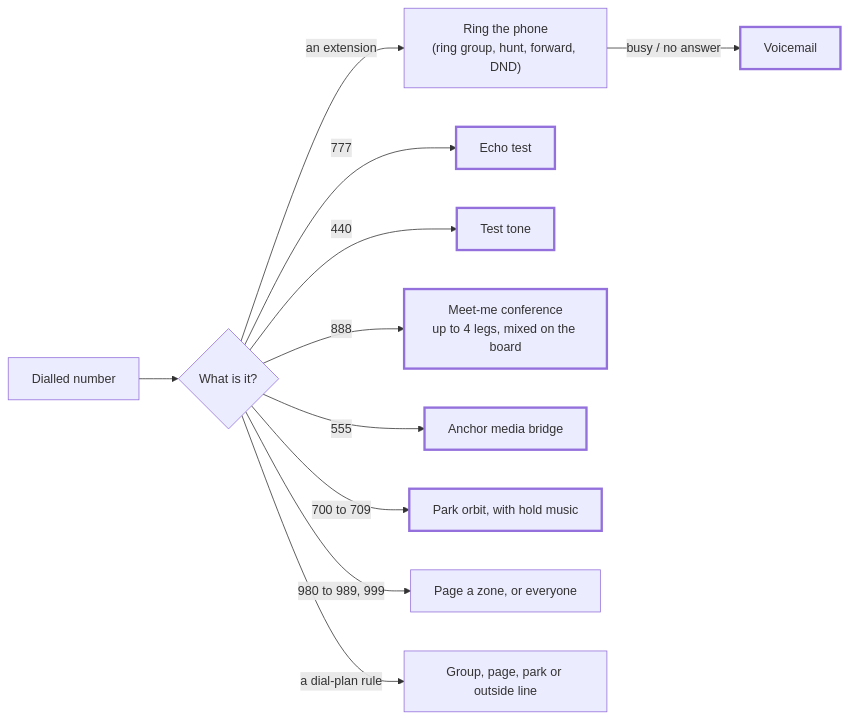
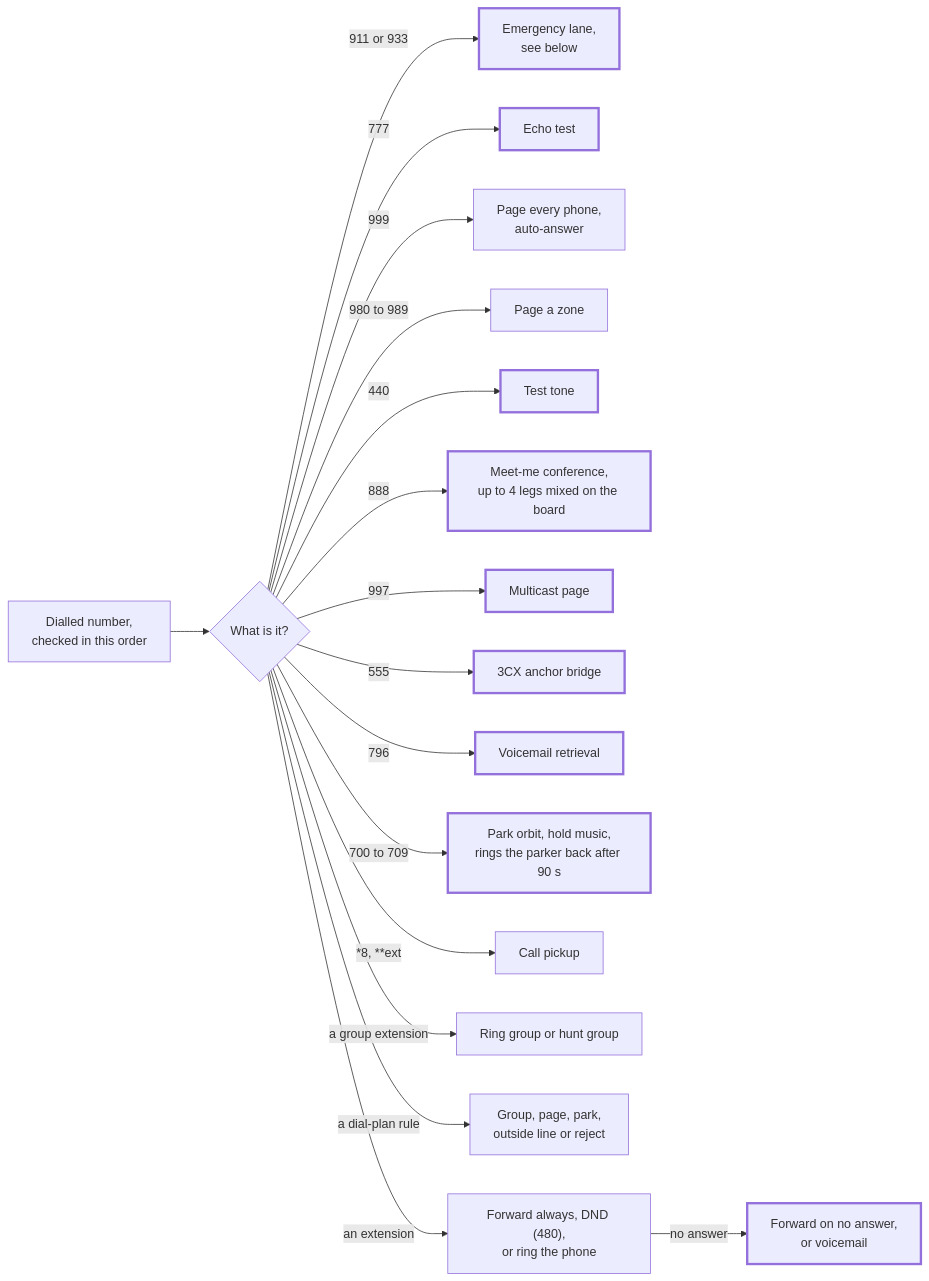
The fourth of 7 diagrams in README.md (GlomarGadaffi/pocket-dial), drawn with Mermaid before and after one commit. The commit also changed other lines of this file and 29 other files, not shown here.

First line of the commit message:
docs: make the Mermaid diagrams exact against main (#1105)

````diff
--- a/README.md
+++ b/README.md
@@ -47,16 +88,22 @@
 ```mermaid
 flowchart LR
-    D["Dialled number"] --> X{"What is it?"}
-    X -- "an extension" --> R["Ring the phone<br/>(ring group, hunt, forward, DND)"]
-    R -- "busy / no answer" --> VM["Voicemail"]
+    D["Dialled number,<br/>checked in this order"] --> X{"What is it?"}
+    X -- "911 or 933" --> SOS["Emergency lane,<br/>see below"]
     X -- "777" --> E["Echo test"]
+    X -- "999" --> G["Page every phone,<br/>auto-answer"]
+    X -- "980 to 989" --> Z["Page a zone"]
     X -- "440" --> T["Test tone"]
-    X -- "888" --> C["Meet-me conference<br/>up to 4 legs, mixed on the board"]
-    X -- "555" --> M["Anchor media bridge"]
-    X -- "700 to 709" --> K["Park orbit, with hold music"]
-    X -- "980 to 989, 999" --> G["Page a zone, or everyone"]
-    X -- "a dial-plan rule" --> O["Group, page, park or outside line"]
+    X -- "888" --> C["Meet-me conference,<br/>up to 4 legs mixed on the board"]
+    X -- "997" --> MP["Multicast page"]
+    X -- "555" --> M["3CX anchor bridge"]
+    X -- "796" --> VR["Voicemail retrieval"]
+    X -- "700 to 709" --> K["Park orbit, hold music,<br/>rings the parker back after 90 s"]
+    X -- "*8, **ext" --> PU["Call pickup"]
+    X -- "a group extension" --> RG["Ring group or hunt group"]
+    X -- "a dial-plan rule" --> O["Group, page, park,<br/>outside line or reject"]
+    X -- "an extension" --> R["Forward always, DND (480),<br/>or ring the phone"]
+    R -- "no answer" --> VM["Forward on no answer,<br/>or voicemail"]
 
     classDef media stroke-width:3px;
-    class VM,E,T,C,M,K media;
+    class SOS,E,T,C,MP,M,VR,K,VM media;
 ```
````
